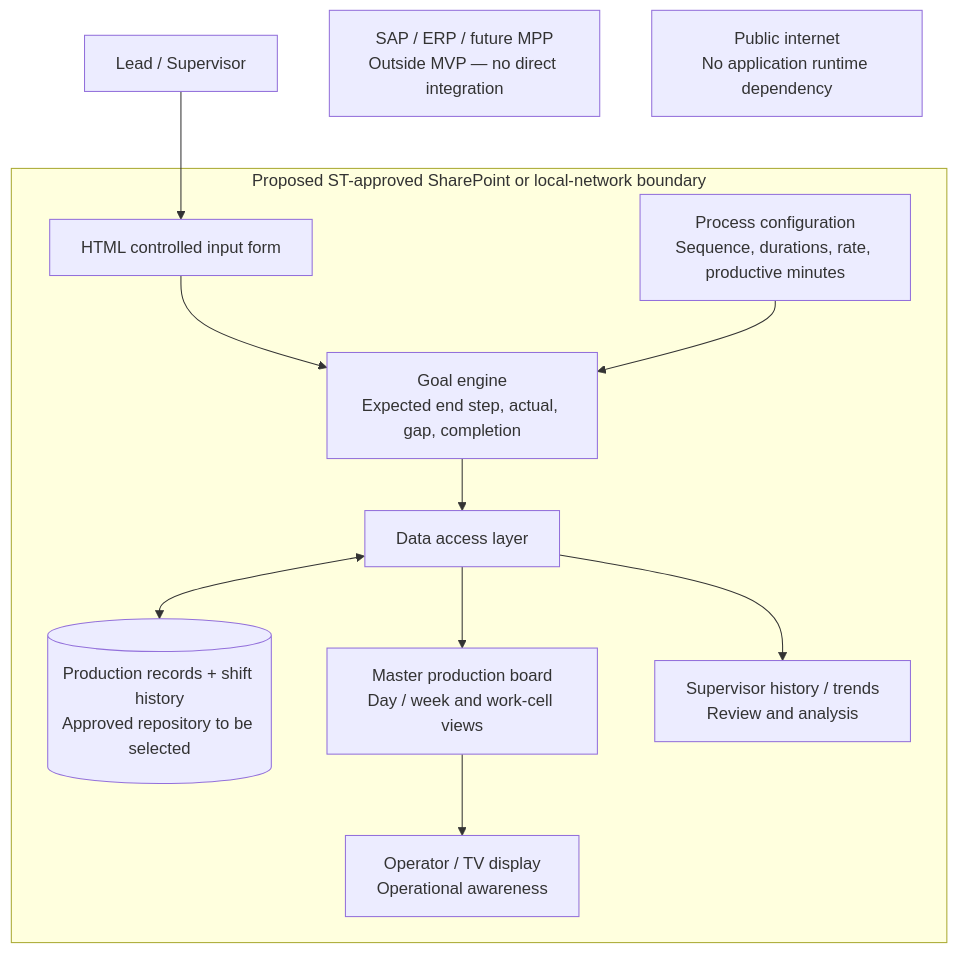
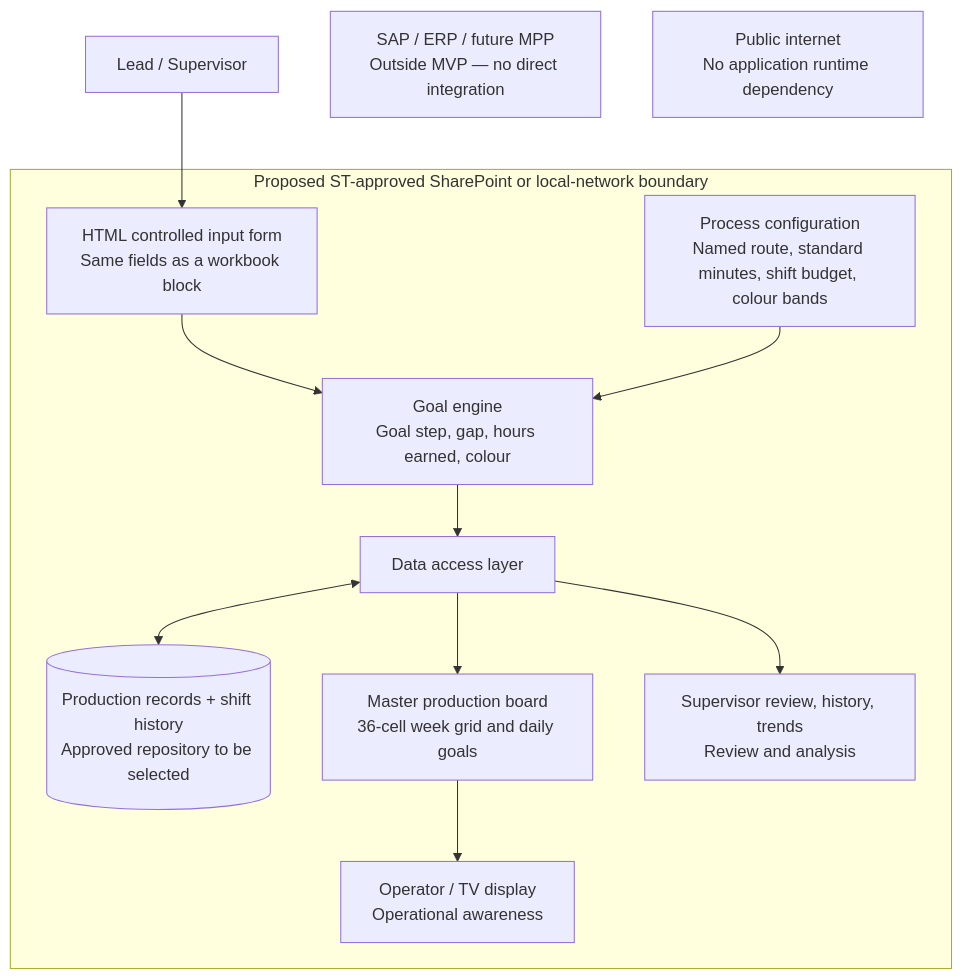
The diagram in ARCHITECTURE.md (thatsdan1/quest-prototype), drawn with Mermaid before and after one commit. The commit also changed other lines of this file and 13 other files, not shown here.

First line of the commit message:
Prototype v4: named steps, workbook colours, cell assignment, supervisor review

````diff
--- a/ARCHITECTURE.md
+++ b/ARCHITECTURE.md
@@ -5,24 +5,24 @@
 ```mermaid
 flowchart TB
     Lead[Lead / Supervisor]
     subgraph Proposed[Proposed ST-approved SharePoint or local-network boundary]
-      Input[HTML controlled input form]
-      Config[Process configuration\nSequence, durations, rate, productive minutes]
-      Engine[Goal engine\nExpected end step, actual, gap, completion]
+      Input[HTML controlled input form\nSame fields as a workbook block]
+      Config[Process configuration\nNamed route, standard minutes, shift budget, colour bands]
+      Engine[Goal engine\nGoal step, gap, hours earned, colour]
       Adapter[Data access layer]
       Store[(Production records + shift history\nApproved repository to be selected)]
-      Board[Master production board\nDay / week and work-cell views]
+      Board[Master production board\n36-cell week grid and daily goals]
       TV[Operator / TV display\nOperational awareness]
-      Analytics[Supervisor history / trends\nReview and analysis]
+      Analytics[Supervisor review, history, trends\nReview and analysis]
       Input --> Engine
       Config --> Engine
       Engine --> Adapter
       Adapter <--> Store
       Adapter --> Board
       Board --> TV
       Adapter --> Analytics
     end
     Lead --> Input
     ERP[SAP / ERP / future MPP\nOutside MVP — no direct integration]
     Internet[Public internet\nNo application runtime dependency]
 ```
````
